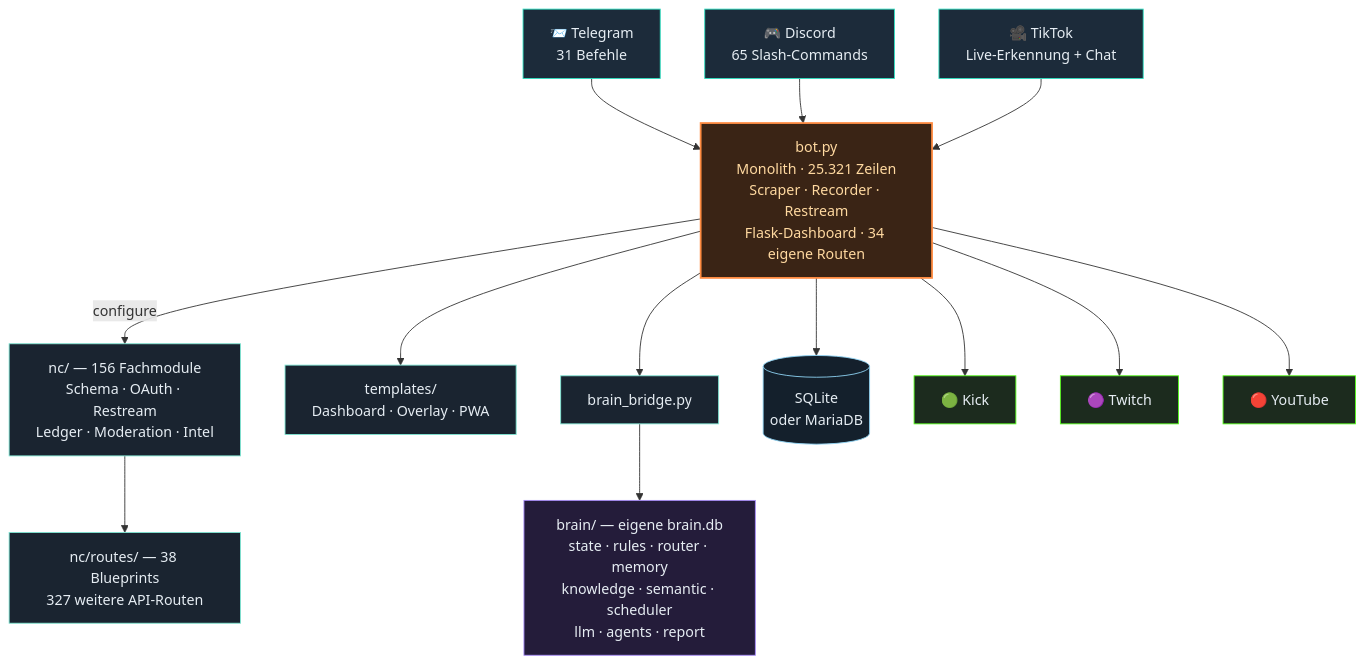
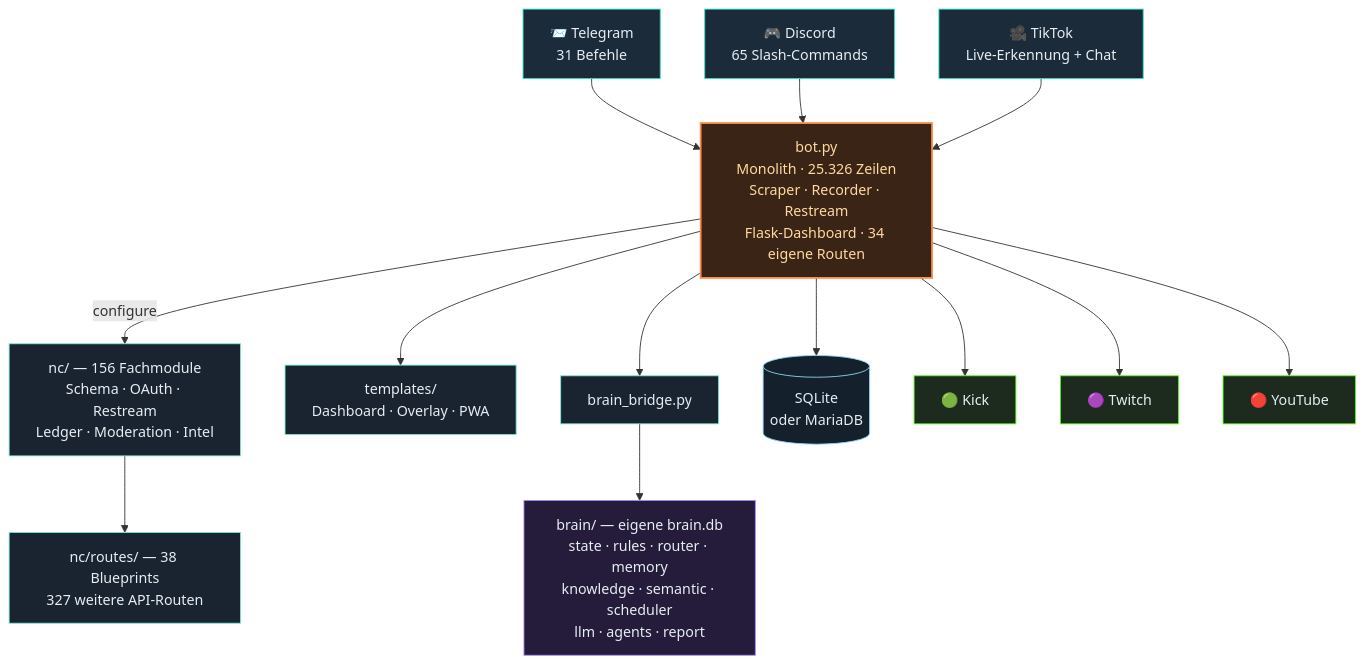
One commit to itsamemedev/Telegram-Stream-Info-Bot changed the third of 4 diagrams in README.md. Above: the diagram before and after it, drawn with Mermaid. The commit also changed other lines of this file and 8 other files, not shown here.

````diff
--- a/README.md
+++ b/README.md
@@ -189,30 +189,30 @@
 ```mermaid
 flowchart TB
     TG["📨 Telegram<br/>31 Befehle"]:::ein
     DC["🎮 Discord<br/>65 Slash-Commands"]:::ein
     TT["🎥 TikTok<br/>Live-Erkennung + Chat"]:::ein
 
     TG --> BOT
     DC --> BOT
     TT --> BOT
 
-    BOT["bot.py<br/>Monolith · 25.321 Zeilen<br/>Scraper · Recorder · Restream<br/>Flask-Dashboard · 34 eigene Routen"]:::core
+    BOT["bot.py<br/>Monolith · 25.326 Zeilen<br/>Scraper · Recorder · Restream<br/>Flask-Dashboard · 34 eigene Routen"]:::core
 
     BOT -->|configure| NC["nc/ — 156 Fachmodule<br/>Schema · OAuth · Restream<br/>Ledger · Moderation · Intel"]:::lib
     NC --> RT["nc/routes/ — 38 Blueprints<br/>327 weitere API-Routen"]:::lib
     BOT --> TPL["templates/<br/>Dashboard · Overlay · PWA"]:::lib
     BOT --> BR["brain_bridge.py"]:::lib
     BR --> BRAIN["brain/ — eigene brain.db<br/>state · rules · router · memory<br/>knowledge · semantic · scheduler<br/>llm · agents · report"]:::brain
     BOT --> DB[("SQLite<br/>oder MariaDB")]:::db
 
     BOT --> KICK["🟢 Kick"]:::out
     BOT --> TW["🟣 Twitch"]:::out
     BOT --> YT["🔴 YouTube"]:::out
 
     classDef ein fill:#1c2b3a,stroke:#2de1c2,color:#e6edf3
     classDef core fill:#3a2415,stroke:#ff8c42,stroke-width:2px,color:#ffd9a0
     classDef lib fill:#1a2430,stroke:#7fe7d4,color:#e6edf3
     classDef brain fill:#241c3a,stroke:#a78bfa,color:#e6edf3
     classDef db fill:#14202c,stroke:#8fd3f4,color:#e6edf3
     classDef out fill:#1c2b1e,stroke:#53fc18,color:#e6edf3
 ```
````
